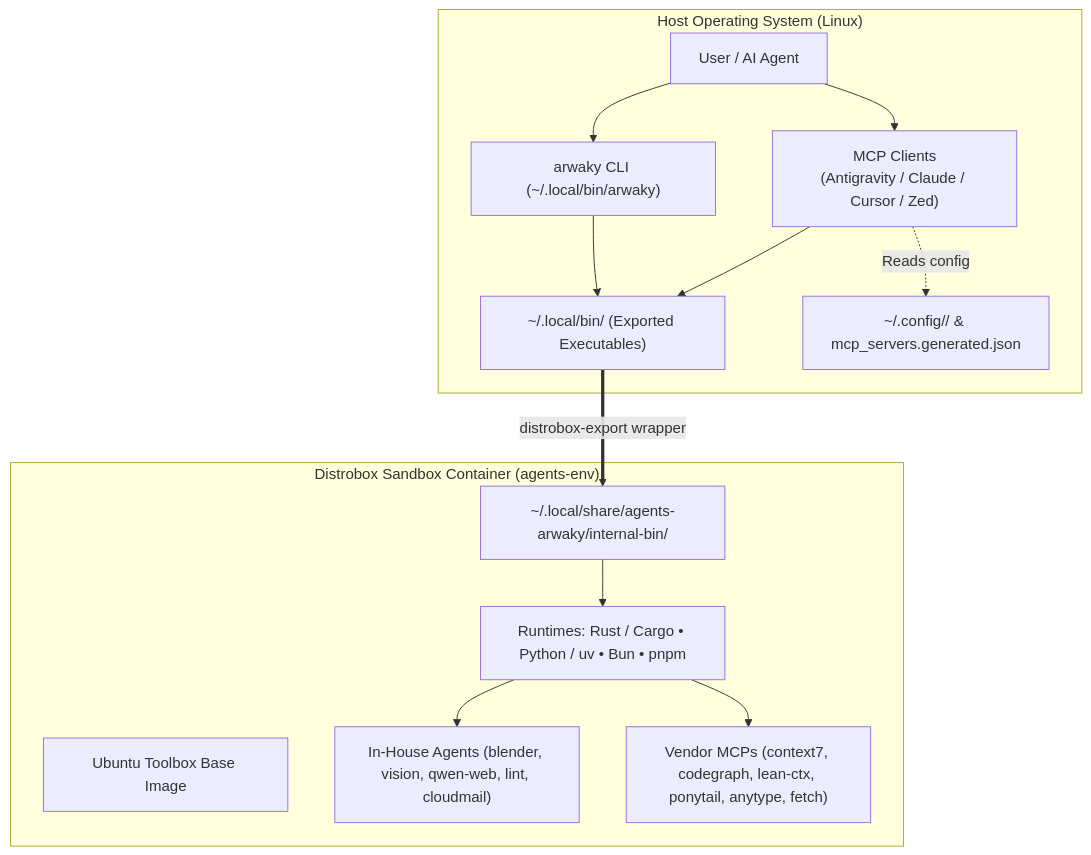
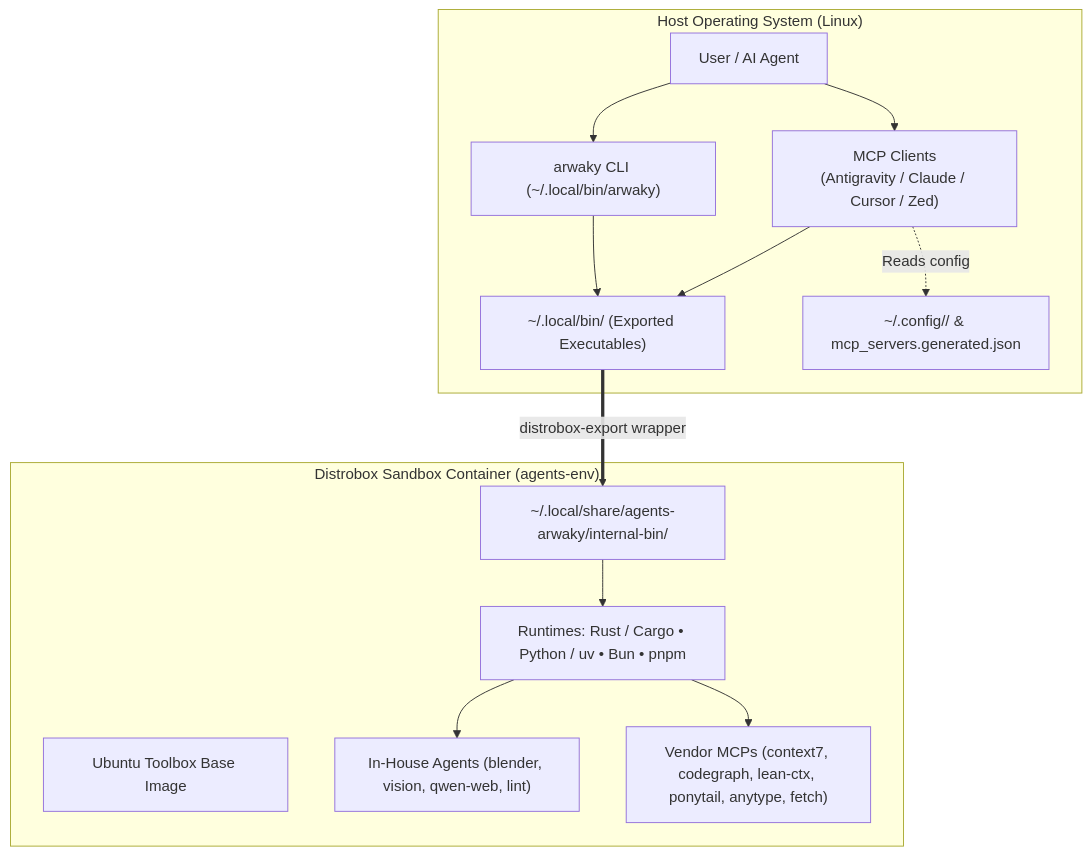
Before and after one commit to rakaarwaky/agents-arwaky: the diagram in README.md, drawn with Mermaid. The commit also changed other lines of this file and 10 other files, not shown here.

First line of the commit message:
refactor(tools): cleanup deprecated graphify and update agent documentation

````diff
--- a/README.md
+++ b/README.md
@@ -57,28 +57,28 @@
 ```mermaid
 flowchart TB
     subgraph Host["Host Operating System (Linux)"]
         User["User / AI Agent"]
         CLI["arwaky CLI (~/.local/bin/arwaky)"]
         BinDir["~/.local/bin/ (Exported Executables)"]
         Clients["MCP Clients\n(Antigravity / Claude / Cursor / Zed)"]
         Configs["~/.config/<tool>/ & mcp_servers.generated.json"]
     end
 
     subgraph Container["Distrobox Sandbox Container (agents-env)"]
         Base["Ubuntu Toolbox Base Image"]
         Toolchains["Runtimes: Rust / Cargo • Python / uv • Bun • pnpm"]
-        InternalApps["In-House Agents (blender, vision, qwen-web, lint, cloudmail)"]
+        InternalApps["In-House Agents (blender, vision, qwen-web, lint)"]
         VendorApps["Vendor MCPs (context7, codegraph, lean-ctx, ponytail, anytype, fetch)"]
         InternalBin["~/.local/share/agents-arwaky/internal-bin/"]
     end
 
     User --> CLI
     User --> Clients
     Clients -. Reads config .-> Configs
     Clients --> BinDir
     CLI --> BinDir
     BinDir == "distrobox-export wrapper" ==> InternalBin
     InternalBin --> Toolchains
     Toolchains --> InternalApps
     Toolchains --> VendorApps
 ```
````
